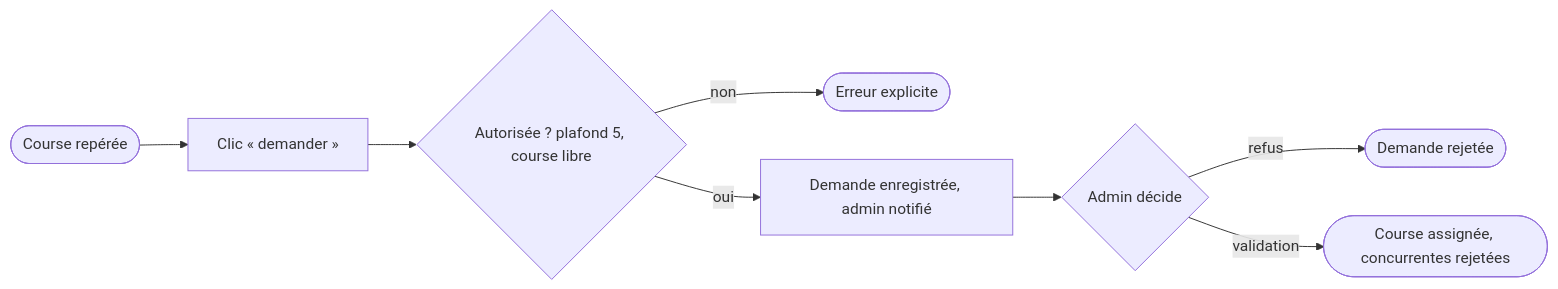
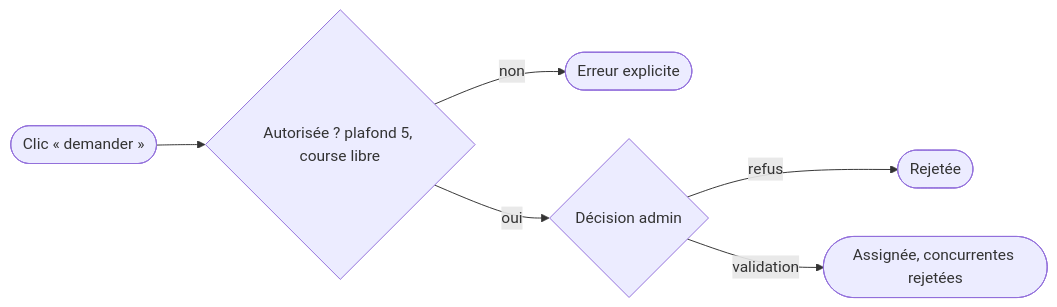
The third of 8 diagrams in documents/dossiers/dossierProjet/v1-complet/dossierProjetRNCP.md (Mamoru-fr/AMT-Express), drawn with Mermaid before and after one commit. The commit also changed other lines of this file, not shown here.

Commit message:
docs(rncp): mise en page — architecture en couches centrée, diagramme d'activité réduit à une demi-page

````diff
--- a/documents/dossiers/dossierProjet/v1-complet/dossierProjetRNCP.md
+++ b/documents/dossiers/dossierProjet/v1-complet/dossierProjetRNCP.md
@@ -300,10 +300,8 @@
 ```mermaid
 flowchart LR
-    S([Course repérée]) --> C[Clic « demander »]
-    C --> P{Autorisée ? plafond 5, course libre}
+    S([Clic « demander »]) --> P{Autorisée ? plafond 5, course libre}
     P -- non --> E([Erreur explicite])
-    P -- oui --> I[Demande enregistrée, admin notifié]
-    I --> D{Admin décide}
-    D -- refus --> R([Demande rejetée])
-    D -- validation --> A([Course assignée, concurrentes rejetées])
+    P -- oui --> D{Décision admin}
+    D -- refus --> R([Rejetée])
+    D -- validation --> A([Assignée, concurrentes rejetées])
 ```
````
